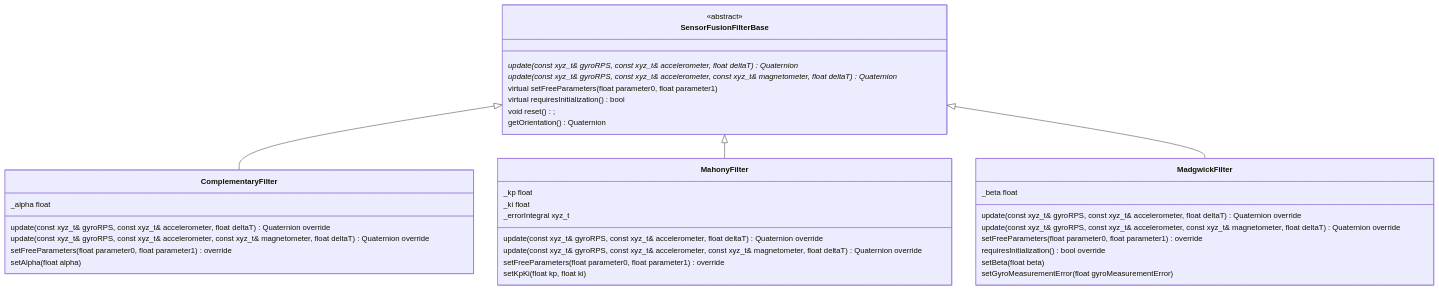
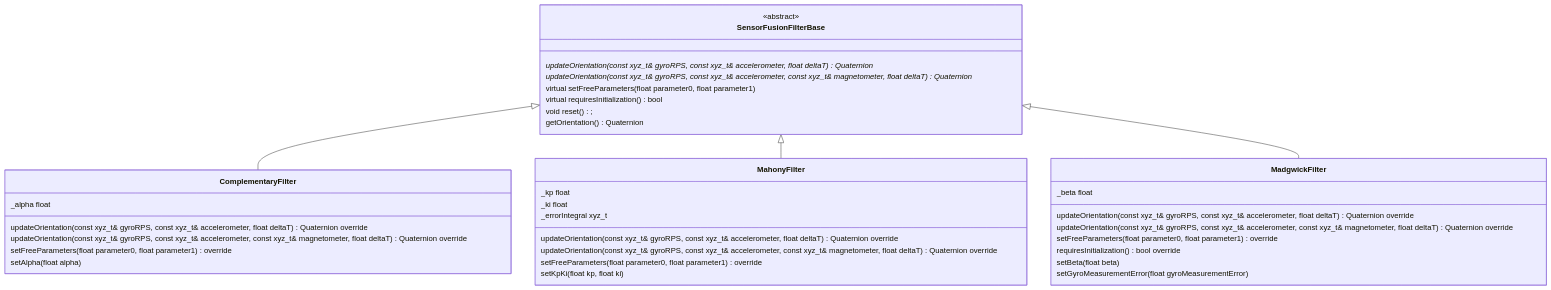
Before and after one commit to martinbudden/Library-SensorFusion: the diagram in README.md, drawn with Mermaid. The commit also changed other lines of this file and 5 other files, not shown here.

````diff
--- a/README.md
+++ b/README.md
@@ -63,43 +63,43 @@
 ```mermaid
 classDiagram
     class SensorFusionFilterBase {
         <<abstract>>
-        update(const xyz_t& gyroRPS, const xyz_t& accelerometer, float deltaT) Quaternion *
-        update(const xyz_t& gyroRPS, const xyz_t& accelerometer, const xyz_t& magnetometer, float deltaT) Quaternion *
+        updateOrientation(const xyz_t& gyroRPS, const xyz_t& accelerometer, float deltaT) Quaternion *
+        updateOrientation(const xyz_t& gyroRPS, const xyz_t& accelerometer, const xyz_t& magnetometer, float deltaT) Quaternion *
         virtual setFreeParameters(float parameter0, float parameter1)
         virtual requiresInitialization() bool
         void reset();
         getOrientation() Quaternion
     }
 
     SensorFusionFilterBase <|-- ComplementaryFilter
     class ComplementaryFilter {
         _alpha float
-        update(const xyz_t& gyroRPS, const xyz_t& accelerometer, float deltaT) Quaternion override
-        update(const xyz_t& gyroRPS, const xyz_t& accelerometer, const xyz_t& magnetometer, float deltaT) Quaternion override
+        updateOrientation(const xyz_t& gyroRPS, const xyz_t& accelerometer, float deltaT) Quaternion override
+        updateOrientation(const xyz_t& gyroRPS, const xyz_t& accelerometer, const xyz_t& magnetometer, float deltaT) Quaternion override
         setFreeParameters(float parameter0, float parameter1) override
         setAlpha(float alpha)
     }
 
     SensorFusionFilterBase <|-- MahonyFilter
     class MahonyFilter {
         _kp float
         _ki float
         _errorIntegral xyz_t
-        update(const xyz_t& gyroRPS, const xyz_t& accelerometer, float deltaT) Quaternion override
-        update(const xyz_t& gyroRPS, const xyz_t& accelerometer, const xyz_t& magnetometer, float deltaT) Quaternion override
+        updateOrientation(const xyz_t& gyroRPS, const xyz_t& accelerometer, float deltaT) Quaternion override
+        updateOrientation(const xyz_t& gyroRPS, const xyz_t& accelerometer, const xyz_t& magnetometer, float deltaT) Quaternion override
         setFreeParameters(float parameter0, float parameter1) override
         setKpKi(float kp, float ki)
     }
 
     SensorFusionFilterBase <|-- MadgwickFilter
     class MadgwickFilter {
         _beta float
-        update(const xyz_t& gyroRPS, const xyz_t& accelerometer, float deltaT) Quaternion override
-        update(const xyz_t& gyroRPS, const xyz_t& accelerometer, const xyz_t& magnetometer, float deltaT) Quaternion override
+        updateOrientation(const xyz_t& gyroRPS, const xyz_t& accelerometer, float deltaT) Quaternion override
+        updateOrientation(const xyz_t& gyroRPS, const xyz_t& accelerometer, const xyz_t& magnetometer, float deltaT) Quaternion override
         setFreeParameters(float parameter0, float parameter1) override
         requiresInitialization() bool override
         setBeta(float beta)
         setGyroMeasurementError(float gyroMeasurementError)
     }
 ```
````
